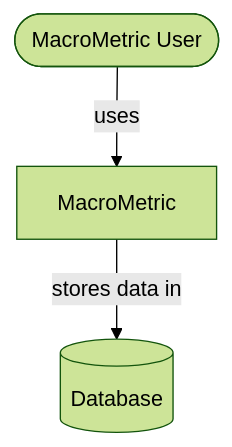
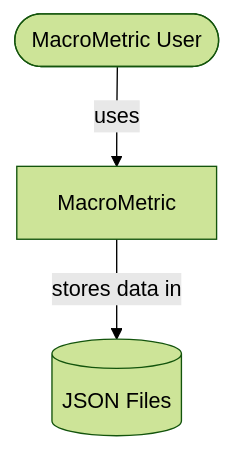
Before and after one commit to CMend137/cen5064-project-mendoza: the first of 4 diagrams in README.md, drawn with Mermaid (forest theme). The commit also changed other lines of this file, not shown here.

````diff
--- a/README.md
+++ b/README.md
@@ -38,6 +38,6 @@
 ```mermaid
 %% Replace this placeholder with YOUR system's context diagram.
 flowchart TB
     user([MacroMetric User]) -->|uses| system[MacroMetric]
-    system -->|stores data in| db[(Database)]
+    system -->|stores data in| data[(JSON Files)]
 ```
````
